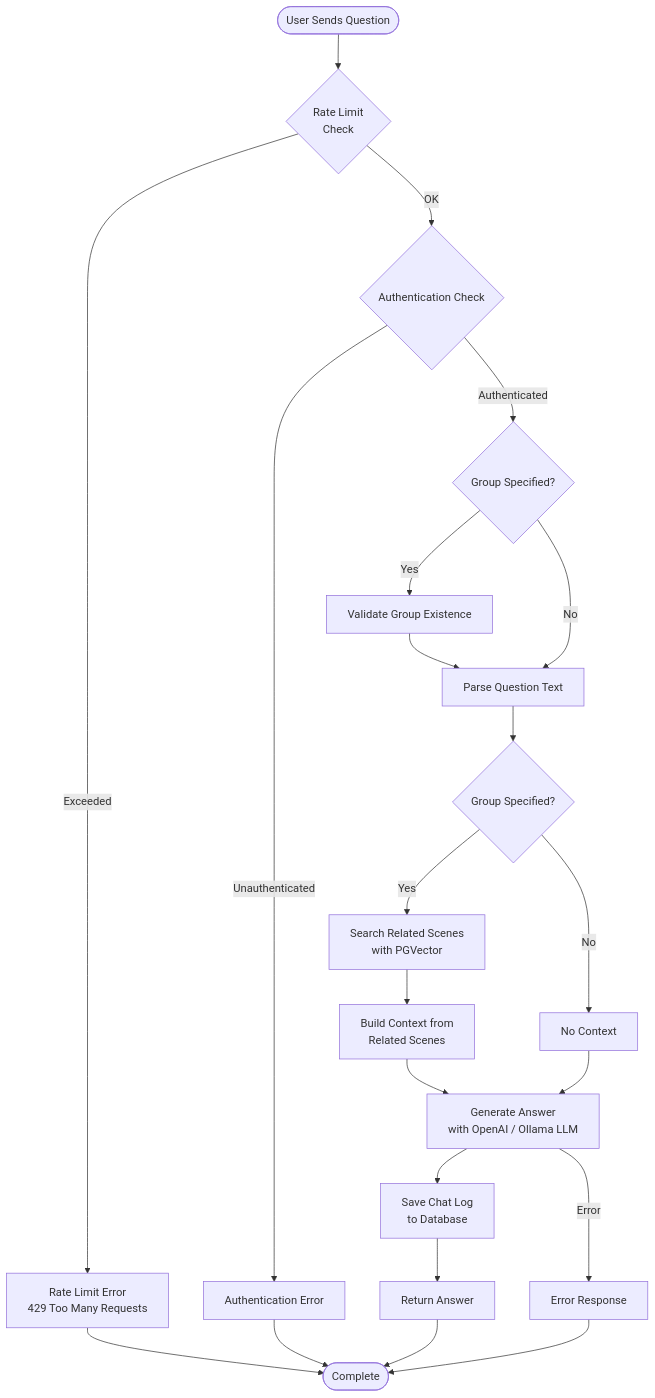
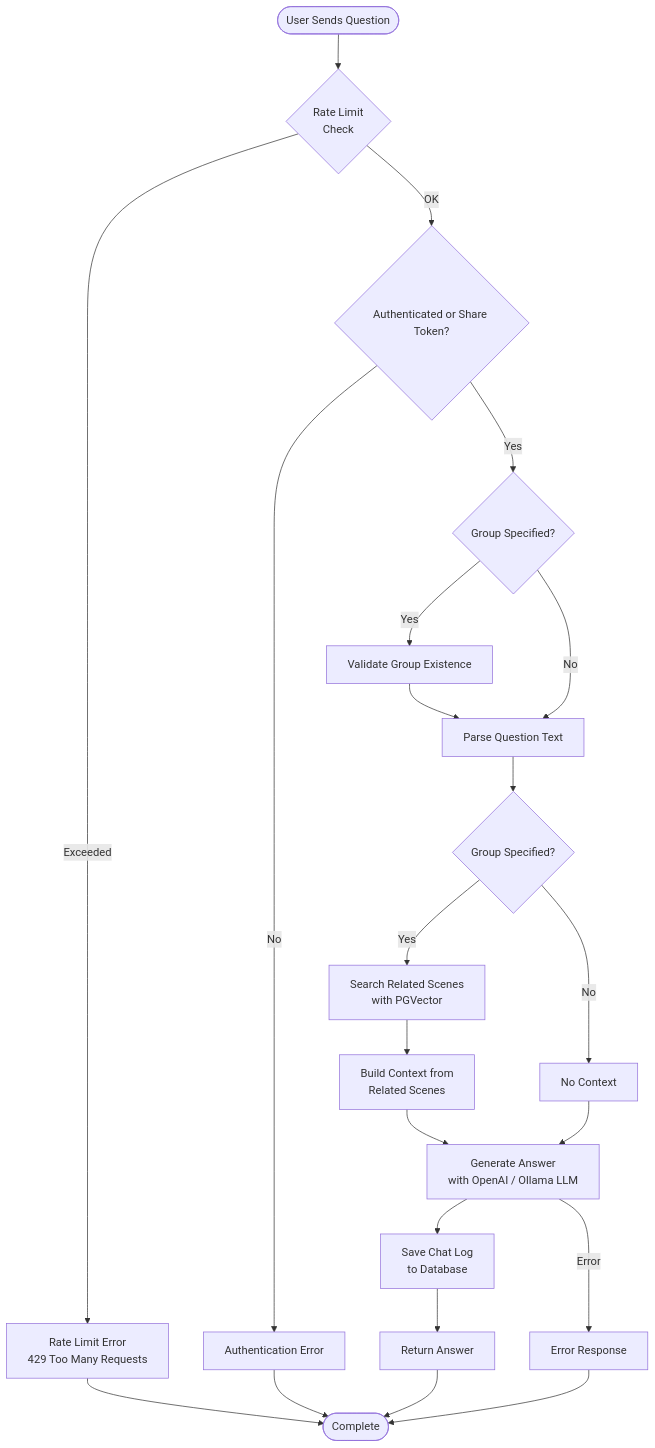
One commit to yukiharada1228/videoq changed the second of 8 diagrams in docs/requirements/activity-diagram.md. Above: the diagram before and after it, drawn with Mermaid. The commit also changed other lines of this file and 9 other files, not shown here.

Commit message:
docs: sync diagrams with current implementation

````diff
--- a/docs/requirements/activity-diagram.md
+++ b/docs/requirements/activity-diagram.md
@@ -50,29 +50,29 @@
 ```mermaid
 flowchart TD
     Start([User Sends Question]) --> RateLimit{"Rate Limit<br>Check"}
     RateLimit -->|Exceeded| ErrorRateLimit[Rate Limit Error<br/>429 Too Many Requests]
     ErrorRateLimit --> End
-    RateLimit -->|OK| Auth{Authentication Check}
-    Auth -->|Unauthenticated| Error1[Authentication Error]
-    Auth -->|Authenticated| GetGroup{Group Specified?}
+    RateLimit -->|OK| Auth{Authenticated or Share Token?}
+    Auth -->|No| Error1[Authentication Error]
+    Auth -->|Yes| GetGroup{Group Specified?}
     
     GetGroup -->|Yes| ValidateGroup[Validate Group Existence]
     GetGroup -->|No| ParseQuery[Parse Question Text]
     ValidateGroup --> ParseQuery
     ParseQuery --> VectorSearch{Group Specified?}
     
     VectorSearch -->|Yes| SearchVectors[Search Related Scenes<br/>with PGVector]
     VectorSearch -->|No| NoContext[No Context]
     
     SearchVectors --> BuildContext[Build Context from<br/>Related Scenes]
     BuildContext --> CallLLM[Generate Answer<br/>with OpenAI / Ollama LLM]
     NoContext --> CallLLM
     
     CallLLM --> SaveLog[Save Chat Log<br/>to Database]
     SaveLog --> ReturnAnswer[Return Answer]
     ReturnAnswer --> End([Complete])
 
     Error1 --> End
     CallLLM -->|Error| Error2[Error Response]
     Error2 --> End
 ```
````
